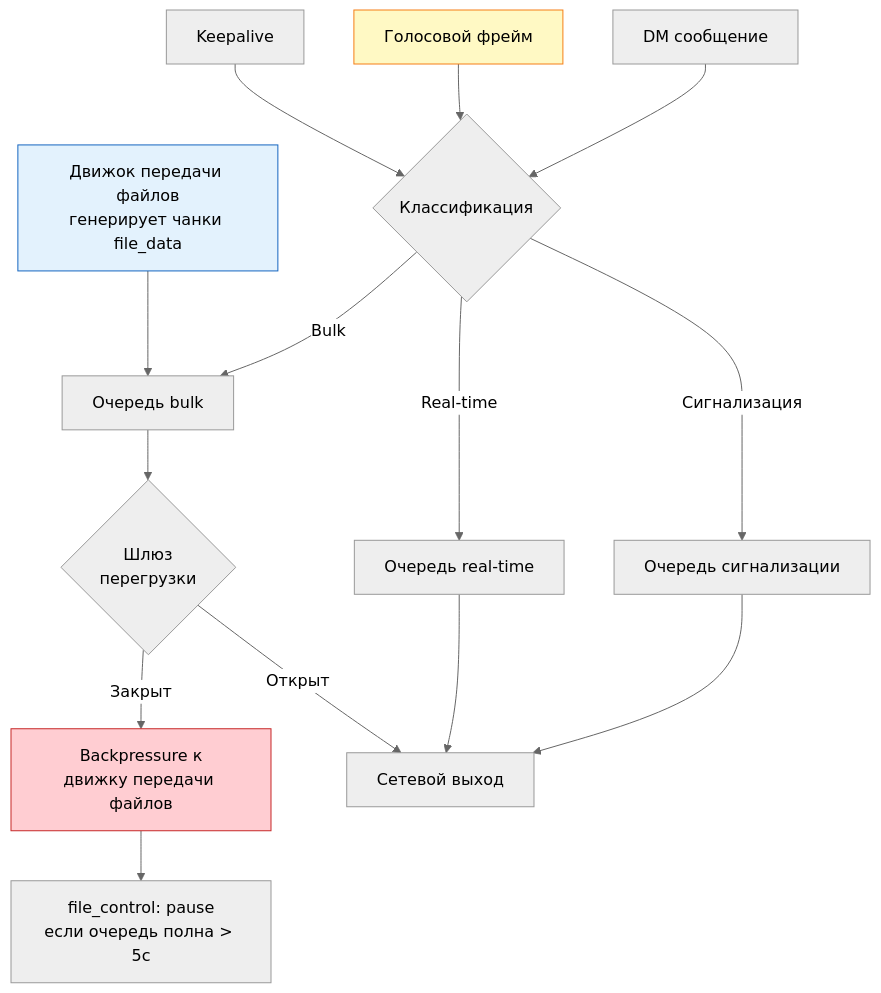
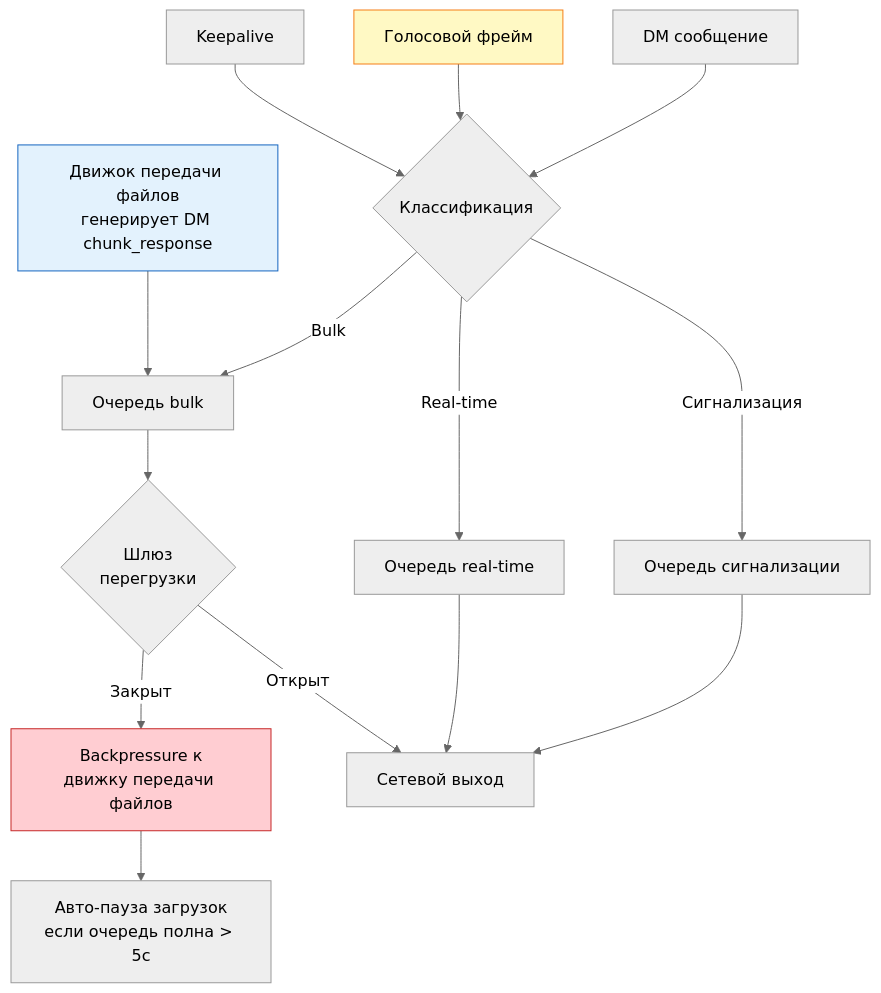
One commit to piratecash/corsa changed diagram 27 of 28 in docs/roadmap.ru.md. Above: the diagram before and after it, drawn with Mermaid (neutral theme). The commit also changed other lines of this file and 98 other files, not shown here.

````diff
--- a/docs/roadmap.ru.md
+++ b/docs/roadmap.ru.md
@@ -4687,23 +4058,23 @@
 ```mermaid
 flowchart TD
-    FT[Движок передачи файлов<br/>генерирует чанки file_data] --> BQ[Очередь bulk]
+    FT[Движок передачи файлов<br/>генерирует DM chunk_response] --> BQ[Очередь bulk]
     DM[DM сообщение] --> CLS{Классификация}
     VC[Голосовой фрейм] --> CLS
     KA[Keepalive] --> CLS
 
     CLS -- Сигнализация --> SQ[Очередь сигнализации]
     CLS -- Real-time --> RTQ[Очередь real-time]
     CLS -- Bulk --> BQ
 
     SQ --> OUT[Сетевой выход]
     RTQ --> OUT
     BQ --> CG{Шлюз<br/>перегрузки}
     CG -- Открыт --> OUT
     CG -- Закрыт --> WAIT[Backpressure к<br/>движку передачи файлов]
 
-    WAIT --> PAUSE[file_control: pause<br/>если очередь полна > 5с]
+    WAIT --> PAUSE[Авто-пауза загрузок<br/>если очередь полна > 5с]
 
     style FT fill:#e3f2fd,stroke:#1565c0
     style VC fill:#fff9c4,stroke:#f57f17
     style WAIT fill:#ffcdd2,stroke:#c62828
 ```
````
